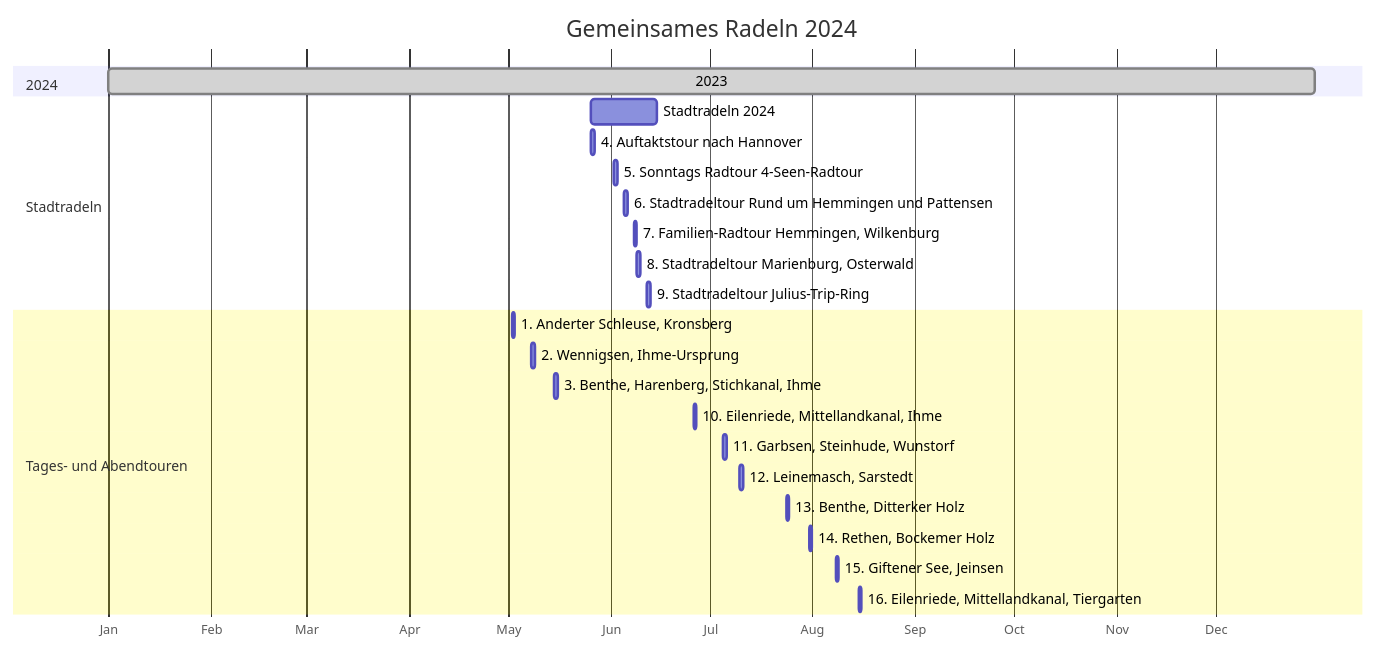
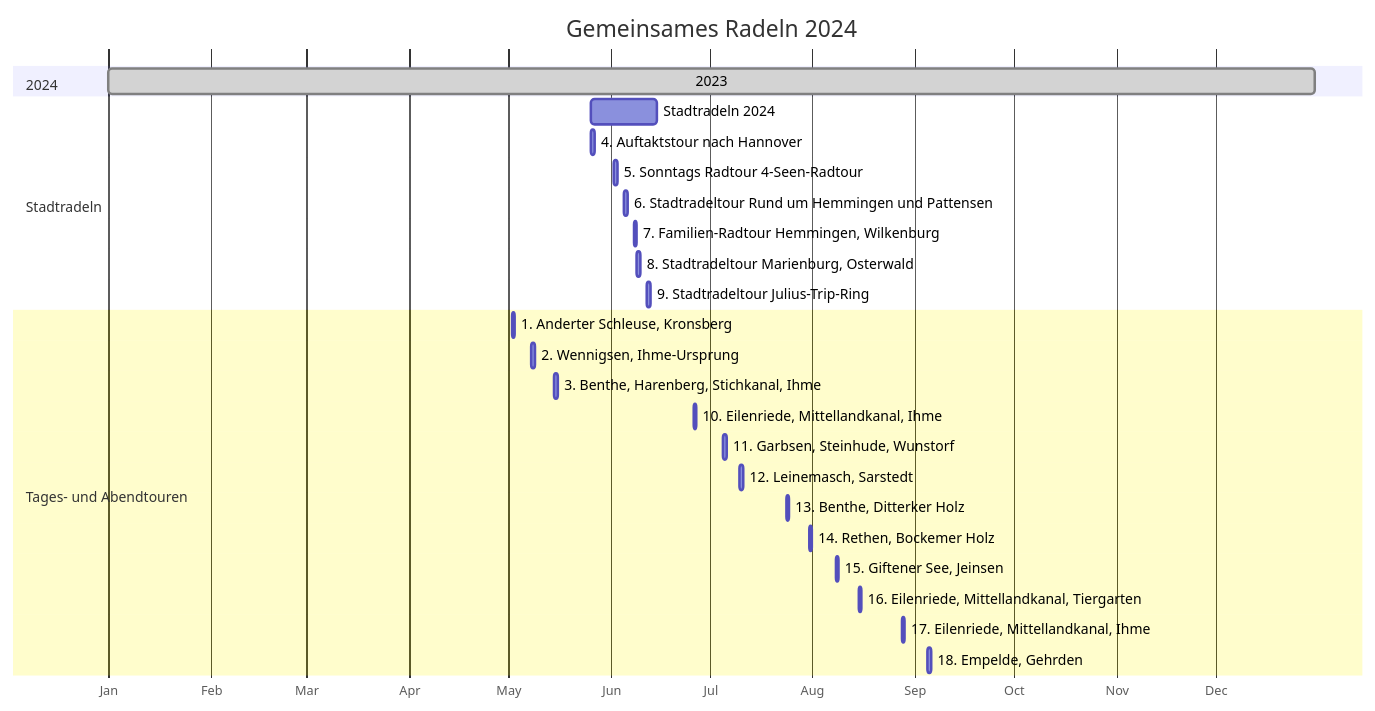
Before and after one commit to adfc-hemmingen-pattensen/pelican-md-soures: the diagram in Touren/Fahrradtouren2024.md, drawn with Mermaid.

````diff
--- a/Touren/Fahrradtouren2024.md
+++ b/Touren/Fahrradtouren2024.md
@@ -10,32 +10,34 @@
 ``` mermaid
 gantt
 dateFormat  YYYY-MM-DD
 title Gemeinsames Radeln 2024
 axisFormat  %b
 todayMarker stroke-width:0px
 
 section 2024
 2023: done, 2024-01-01, 2024-12-31
 
 section Stadtradeln  
 Stadtradeln 2024:          action, 2024-05-26, 2024-06-15
 4. Auftaktstour nach Hannover:   2024-05-26, 1d
 5. Sonntags Radtour 4-Seen-Radtour:   2024-06-02, 1d
 6. Stadtradeltour Rund um Hemmingen und Pattensen:     2024-06-05, 1d
 7. Familien-Radtour Hemmingen, Wilkenburg:    2024-06-08, 1d
 8. Stadtradeltour Marienburg, Osterwald:    2024-06-09, 1d
 9. Stadtradeltour Julius-Trip-Ring:     2024-06-12, 1d
 
 section Tages- und Abendtouren
 1. Anderter Schleuse, Kronsberg:      2024-05-02, 1d
 2. Wennigsen, Ihme-Ursprung: 2024-05-08, 1d
 3. Benthe, Harenberg, Stichkanal, Ihme: 2024-05-15, 1d
 10. Eilenriede, Mittellandkanal, Ihme: 2024-06-26, 1d
 11. Garbsen, Steinhude, Wunstorf: 2024-07-05, 1d
 12. Leinemasch, Sarstedt: 2024-07-10, 1d
 13. Benthe, Ditterker Holz: 2024-07-24, 1d
 14. Rethen, Bockemer Holz: 2024-07-31, 1d
 15. Giftener See, Jeinsen: 2024-08-08, 1d
 16. Eilenriede, Mittellandkanal, Tiergarten: 2024-08-15, 1d
+17. Eilenriede, Mittellandkanal, Ihme: 2024-08-28, 1d
+18. Empelde, Gehrden: 2024-09-05, 1d
 
 ```
````
